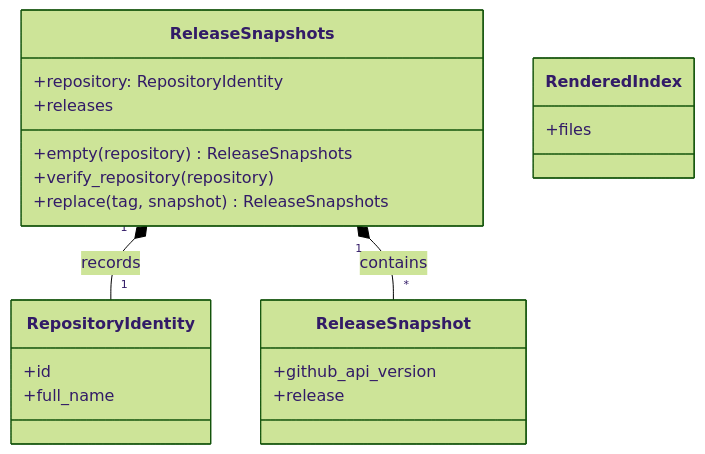
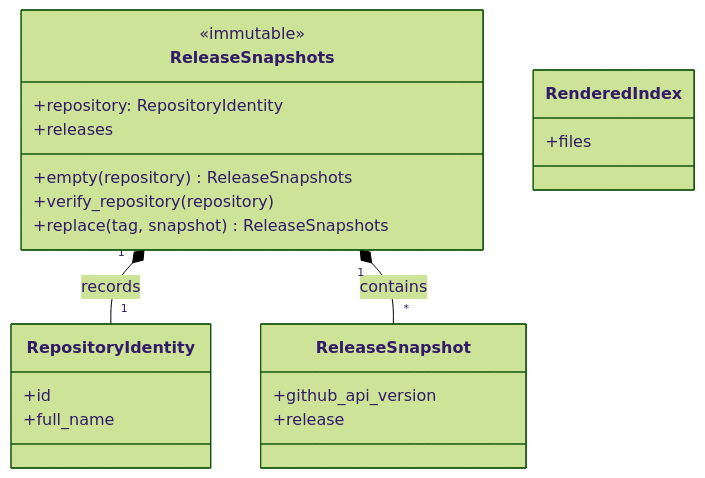
One commit to MtkN1/ghpypi changed the third of 3 diagrams in CONTRIBUTING.md. Above: the diagram before and after it, drawn with Mermaid (forest theme). The commit also changed other lines of this file and 2 other files, not shown here.

Commit message:
feat: make release snapshots immutable and repository-scoped (#10)

````diff
--- a/CONTRIBUTING.md
+++ b/CONTRIBUTING.md
@@ -144,27 +144,28 @@
 ```mermaid
 classDiagram
     class RepositoryIdentity {
         +id
         +full_name
     }
 
     class ReleaseSnapshot {
         +github_api_version
         +release
     }
 
     class ReleaseSnapshots {
+        <<immutable>>
         +repository: RepositoryIdentity
         +releases
         +empty(repository) ReleaseSnapshots
         +verify_repository(repository)
         +replace(tag, snapshot) ReleaseSnapshots
     }
 
     class RenderedIndex {
         +files
     }
 
     ReleaseSnapshots "1" *-- "1" RepositoryIdentity : records
     ReleaseSnapshots "1" *-- "*" ReleaseSnapshot : contains
 ```
````
